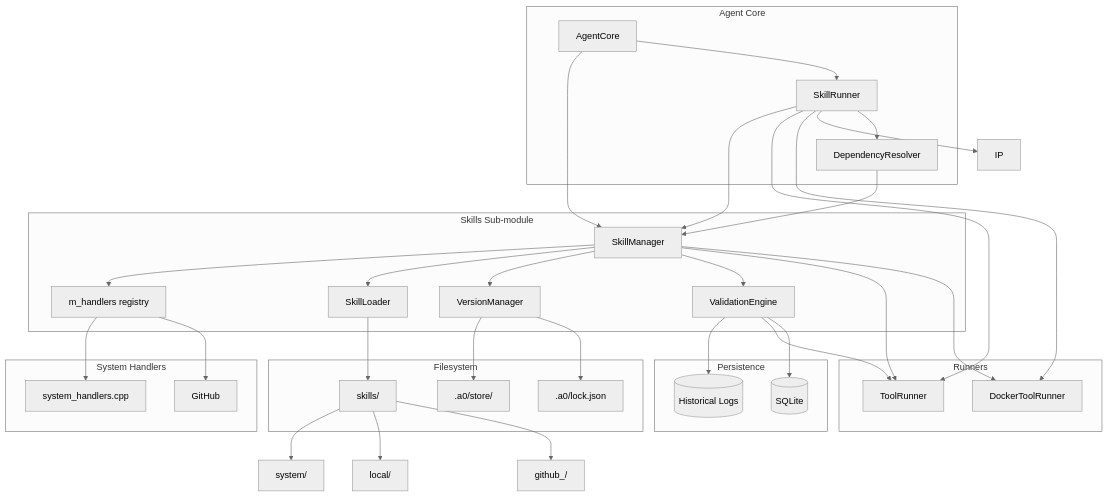
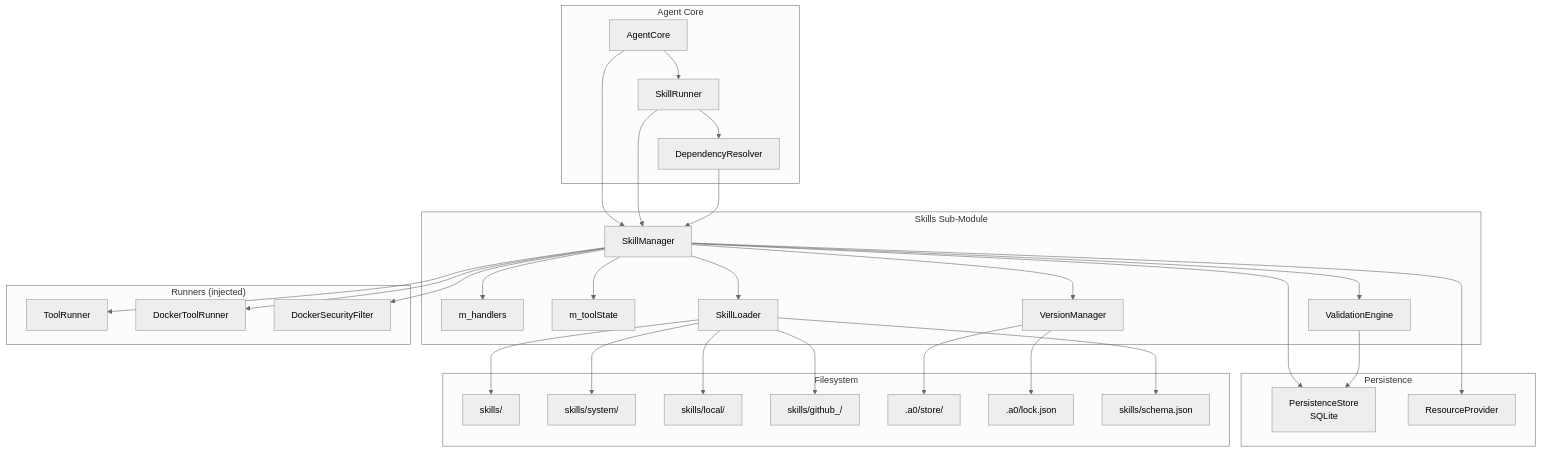
Before and after one commit to opensassi/a0: the first of 4 diagrams in src/skills/technical-specification.md, drawn with Mermaid (neutral theme). The commit also changed other lines of this file and 165 other files, not shown here.

````diff
--- a/src/skills/technical-specification.md
+++ b/src/skills/technical-specification.md
@@ -546,69 +504,66 @@
 ```mermaid
 graph TB
     subgraph "Agent Core"
-        Core[AgentCore]
-
+        CORE[AgentCore]
+        SR[SkillRunner]
         DR[DependencyResolver]
-        SR[SkillRunner]
     end
 
-    subgraph "Skills Sub-module"
+    subgraph "Skills Sub-Module"
         SM[SkillManager]
-        HR[m_handlers registry]
+        HR[m_handlers]
+        TS[m_toolState]
         SL[SkillLoader]
         VM[VersionManager]
         VE[ValidationEngine]
     end
 
-    subgraph "System Handlers"
-        SH[system_handlers.cpp]
-        GH[GitHub]
-    end
-
-    subgraph "Runners"
+    subgraph "Runners (injected)"
         TR[ToolRunner]
         DTR[DockerToolRunner]
+        DSF[DockerSecurityFilter]
     end
 
     subgraph "Persistence"
-        LOG[(Historical Logs)]
-        PS[(SQLite)]
+        PS[PersistenceStore<br/>SQLite]
+        RP[ResourceProvider]
     end
 
     subgraph "Filesystem"
         SK_DIR[skills/]
+        SYS[skills/system/]
+        LOC[skills/local/]
+        GH[skills/github_<user>/]
         STORE[.a0/store/]
         LCK[.a0/lock.json]
+        SCHEMA_FILE[skills/schema.json]
     end
 
-    Core --> SM
-    Core --> SR
+    CORE --> SM
+    CORE --> SR
     SR --> SM
-    SR --> TR
-    SR --> DTR
-    SR --> IP
     SR --> DR
     DR --> SM
 
     SM --> HR
+    SM --> TS
     SM --> SL
     SM --> VM
     SM --> VE
     SM --> TR
     SM --> DTR
-
-    HR --> SH
-    HR --> GH
-
-    VE --> LOG
-    VE --> TR
-    VE --> PS
+    SM --> DSF
+    SM --> PS
+    SM --> RP
 
     SL --> SK_DIR
+    SL --> SCHEMA_FILE
+    SL --> SYS
+    SL --> LOC
+    SL --> GH
+
     VM --> STORE
     VM --> LCK
 
-    SK_DIR --> SYS[system/]
-    SK_DIR --> LOC[local/]
-    SK_DIR --> GHU[github_<user>/]
+    VE --> PS
 ```
````
